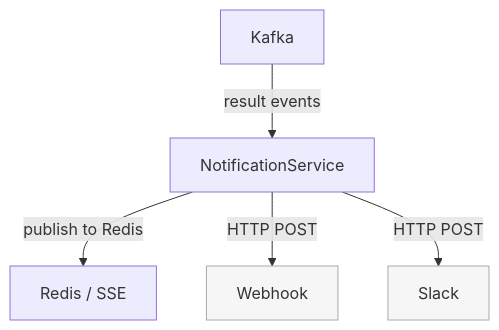
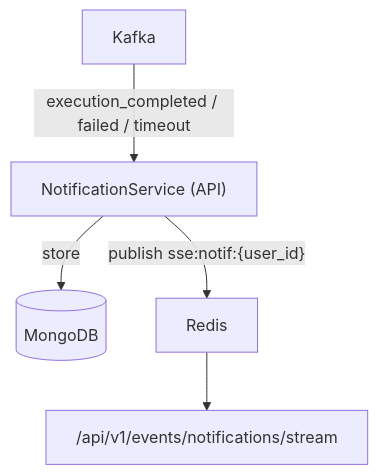
Before and after one commit to HardMax71/Integr8sCode: the fourth of 4 diagrams in docs/architecture/overview.md, drawn with Mermaid. The commit also changed other lines of this file and 304 other files, not shown here.

````diff
--- a/docs/architecture/overview.md
+++ b/docs/architecture/overview.md
@@ -156,11 +156,9 @@
 ```mermaid
 graph TD
-    Kafka["Kafka"] -->|"result events"| NotificationSvc["NotificationService"]
-    NotificationSvc -->|"publish to Redis"| SSE["Redis / SSE"]
-    NotificationSvc -->|"HTTP POST"| Webhook["Webhook"]:::ext
-    NotificationSvc -->|"HTTP POST"| Slack["Slack"]:::ext
+    Kafka["Kafka"] -->|"execution_completed / failed / timeout"| NotificationSvc["NotificationService (API)"]
+    NotificationSvc -->|"store"| Mongo[(MongoDB)]
+    NotificationSvc -->|"publish sse:notif:{user_id}"| Redis["Redis"]
+    Redis --> Stream["/api/v1/events/notifications/stream"]
 
-    click NotificationSvc "../../operations/notification-types/" "Notification routing service"
-
-    classDef ext fill:#f6f6f6,stroke:#aaa,color:#333;
+    click NotificationSvc "../../operations/notification-types/" "Notification types"
 ```
````
